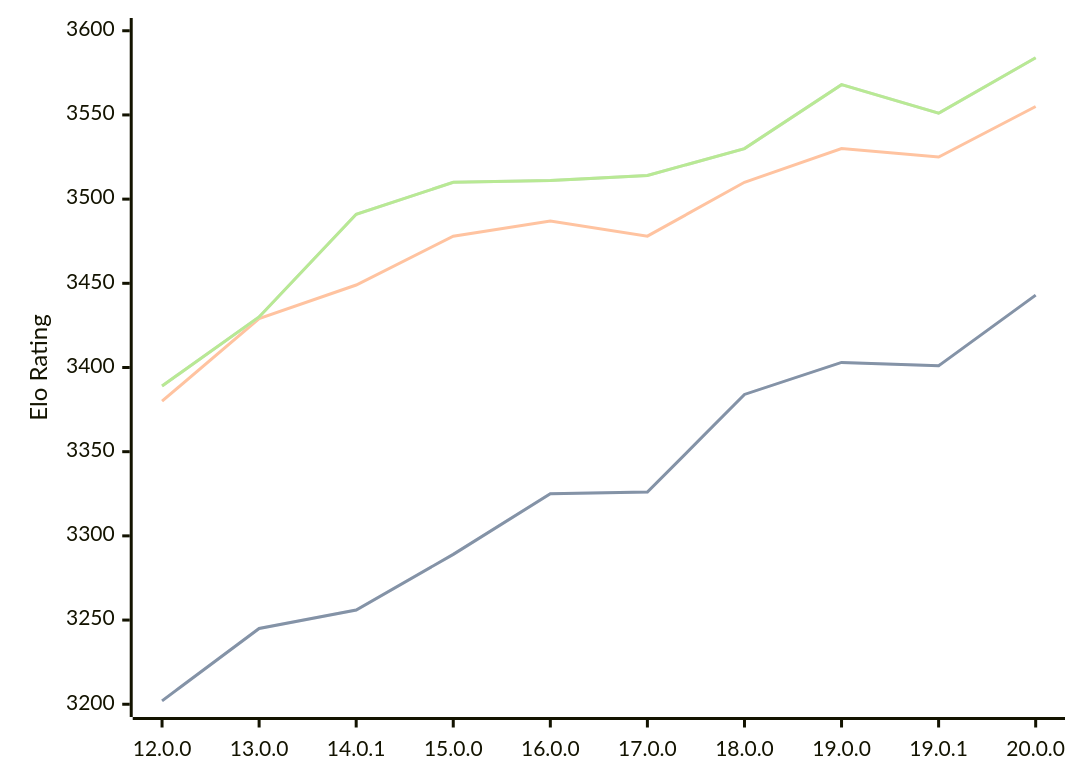
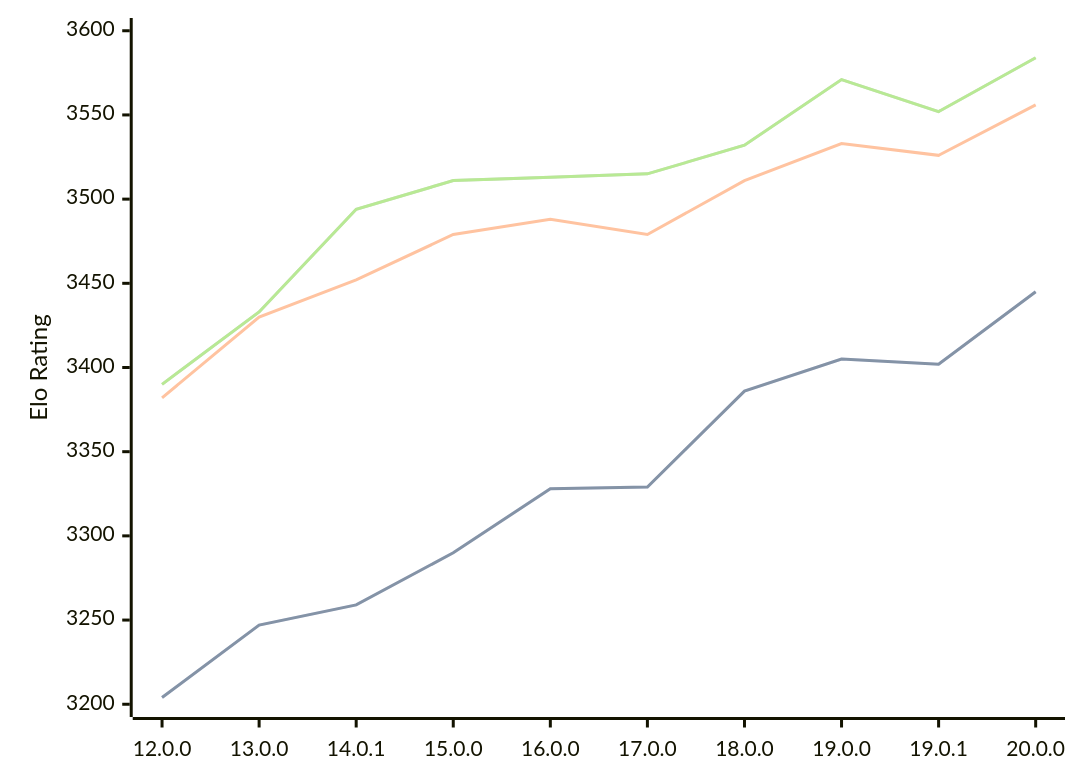
The diagram in engines/Viridithas.md (computer-chess-index/cci), drawn with Mermaid before and after one commit. The commit also changed other lines of this file, not shown here.

Commit message:
Update CCI Ratings (ELO VLTC) - 2026-08-23

````diff
--- a/engines/Viridithas.md
+++ b/engines/Viridithas.md
@@ -40,11 +40,11 @@
 ```mermaid
 %%{init: {"theme":"base","themeVariables":{"seriesColors:['#a3a3a3','#222221','#faa371']}}}%%
 xychart-beta
   x-axis ["12.0.0", "13.0.0", "14.0.1", "15.0.0", "16.0.0", "17.0.0", "18.0.0", "19.0.0", "19.0.1", "20.0.0"]
   y-axis "Elo Rating" 3200 --> 3600
-  line "STC (8.0+0.08s)" [3202, 3245, 3256, 3289, 3325, 3326, 3384, 3403, 3401, 3443]
-  line "STC (8.0+0.08s)" [3202, 3245, 3256, 3289, 3325, 3326, 3384, 3403, 3401, 3443]
-  line "LTC (60.0+0.60s)" [3380, 3429, 3449, 3478, 3487, 3478, 3510, 3530, 3525, 3555]
-  line "VLTC (2m24s+1.12s)" [3389, 3430, 3491, 3510, 3511, 3514, 3530, 3568, 3551, 3584]
-  line "VLTC (2m24s+1.12s)" [3389, 3430, 3491, 3510, 3511, 3514, 3530, 3568, 3551, 3584]
+  line "STC (8.0+0.08s)" [3204, 3247, 3259, 3290, 3328, 3329, 3386, 3405, 3402, 3445]
+  line "STC (8.0+0.08s)" [3204, 3247, 3259, 3290, 3328, 3329, 3386, 3405, 3402, 3445]
+  line "LTC (60.0+0.60s)" [3382, 3430, 3452, 3479, 3488, 3479, 3511, 3533, 3526, 3556]
+  line "VLTC (2m24s+1.12s)" [3390, 3433, 3494, 3511, 3513, 3515, 3532, 3571, 3552, 3584]
+  line "VLTC (2m24s+1.12s)" [3390, 3433, 3494, 3511, 3513, 3515, 3532, 3571, 3552, 3584]
 ```
````
